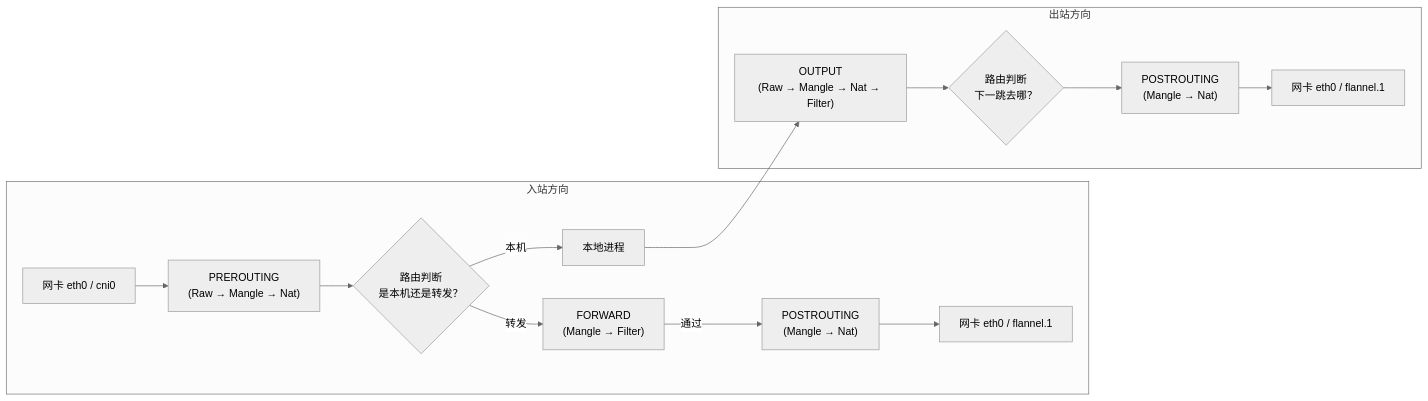
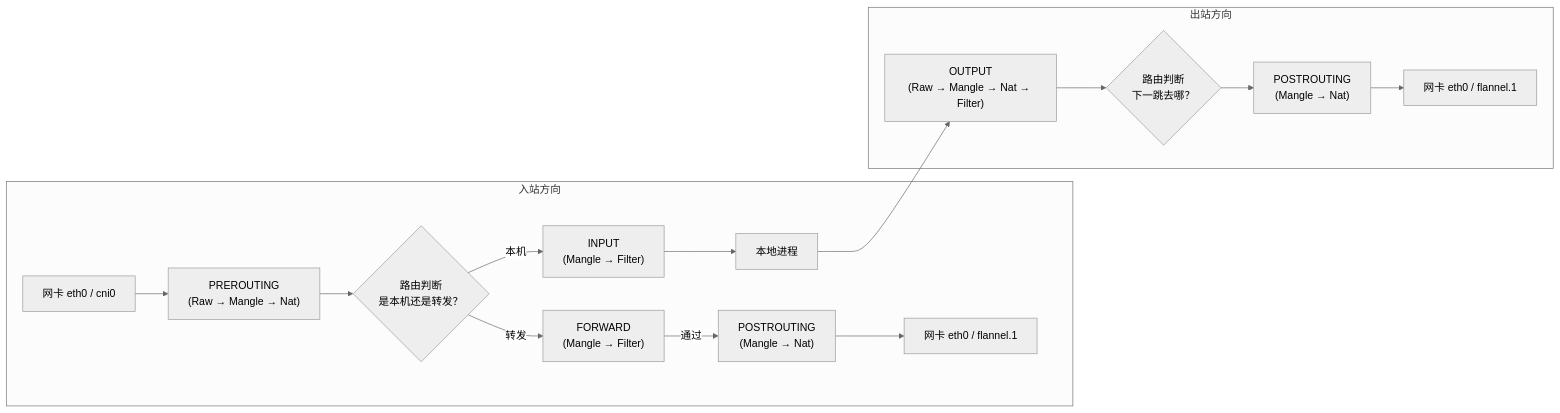
Before and after one commit to mashuiping/blog: the first of 5 diagrams in posts/20260422/blog-k8s-network-packet-flow.md, drawn with Mermaid (neutral theme). The commit also changed other lines of this file, not shown here.

````diff
--- a/posts/20260422/blog-k8s-network-packet-flow.md
+++ b/posts/20260422/blog-k8s-network-packet-flow.md
@@ -33,18 +39,19 @@
 ```mermaid
 flowchart LR
     subgraph ingress["入站方向"]
         NI["网卡 eth0 / cni0"] --> PR["PREROUTING\n(Raw → Mangle → Nat)"]
         PR --> R1{"路由判断\n是本机还是转发？"}
-        R1 -->|"本机"| LOC["本地进程"]
+        R1 -->|"本机"| IN["INPUT\n(Mangle → Filter)"]
+        IN --> LOC["本地进程"]
         R1 -->|"转发"| FWD["FORWARD\n(Mangle → Filter)"]
         FWD -->|"通过"| PO1["POSTROUTING\n(Mangle → Nat)"]
         PO1 --> NO["网卡 eth0 / flannel.1"]
     end
 
     subgraph egress["出站方向"]
         LOC --> OUT["OUTPUT\n(Raw → Mangle → Nat → Filter)"]
         OUT --> R2{"路由判断\n下一跳去哪？"}
         R2 --> PO2["POSTROUTING\n(Mangle → Nat)"]
         PO2 --> NI2["网卡 eth0 / flannel.1"]
     end
 ```
````
